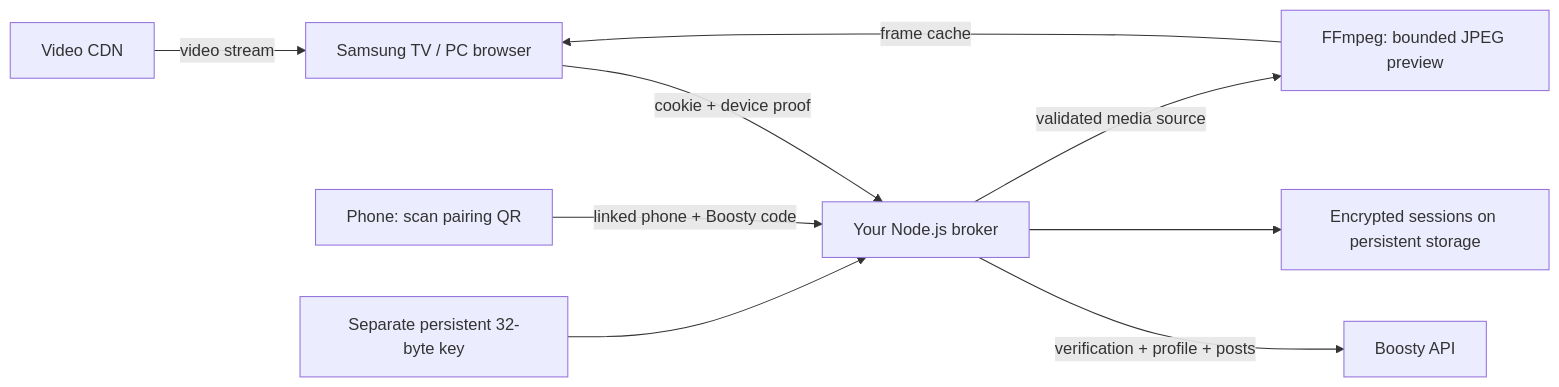
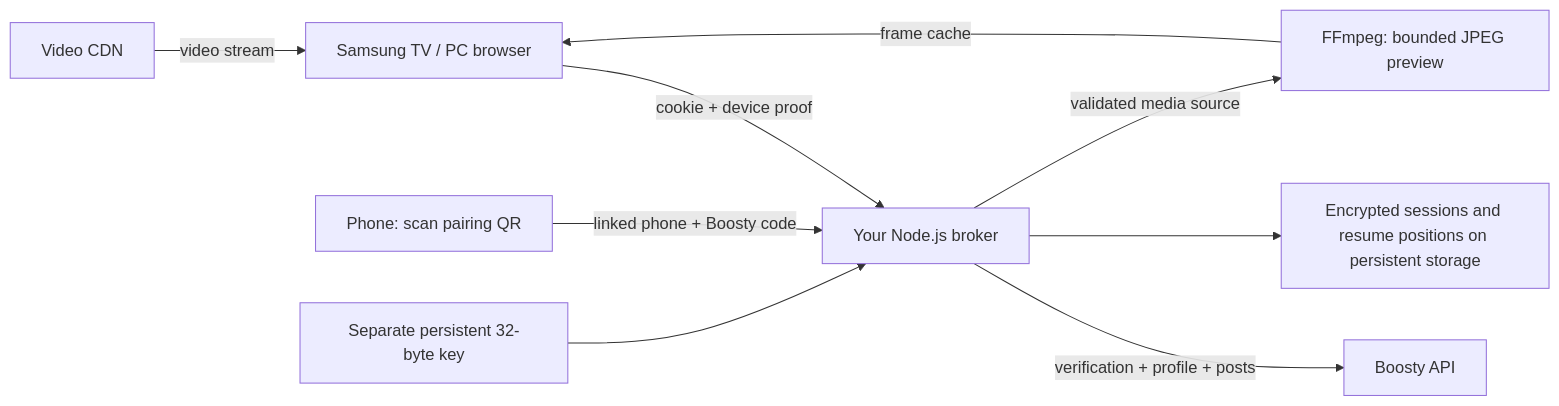
The diagram in README.md (staners2/boosty-samsung-tv), drawn with Mermaid before and after one commit. The commit also changed other lines of this file and 12 other files, not shown here.

Commit message:
feat: streamline player controls and persist resume positions

````diff
--- a/README.md
+++ b/README.md
@@ -46,11 +61,11 @@
 ```mermaid
 flowchart LR
   TV["Samsung TV / PC browser"] -->|"cookie + device proof"| Broker["Your Node.js broker"]
   Phone["Phone: scan pairing QR"] -->|"linked phone + Boosty code"| Broker
   Broker -->|"verification + profile + posts"| Boosty["Boosty API"]
-  Broker --> Vault["Encrypted sessions on persistent storage"]
+  Broker --> Vault["Encrypted sessions and resume positions on persistent storage"]
   Key["Separate persistent 32-byte key"] --> Broker
   Broker -->|"validated media source"| Frames["FFmpeg: bounded JPEG preview"]
   Frames -->|"frame cache"| TV
   CDN["Video CDN"] -->|"video stream"| TV
 ```
````
